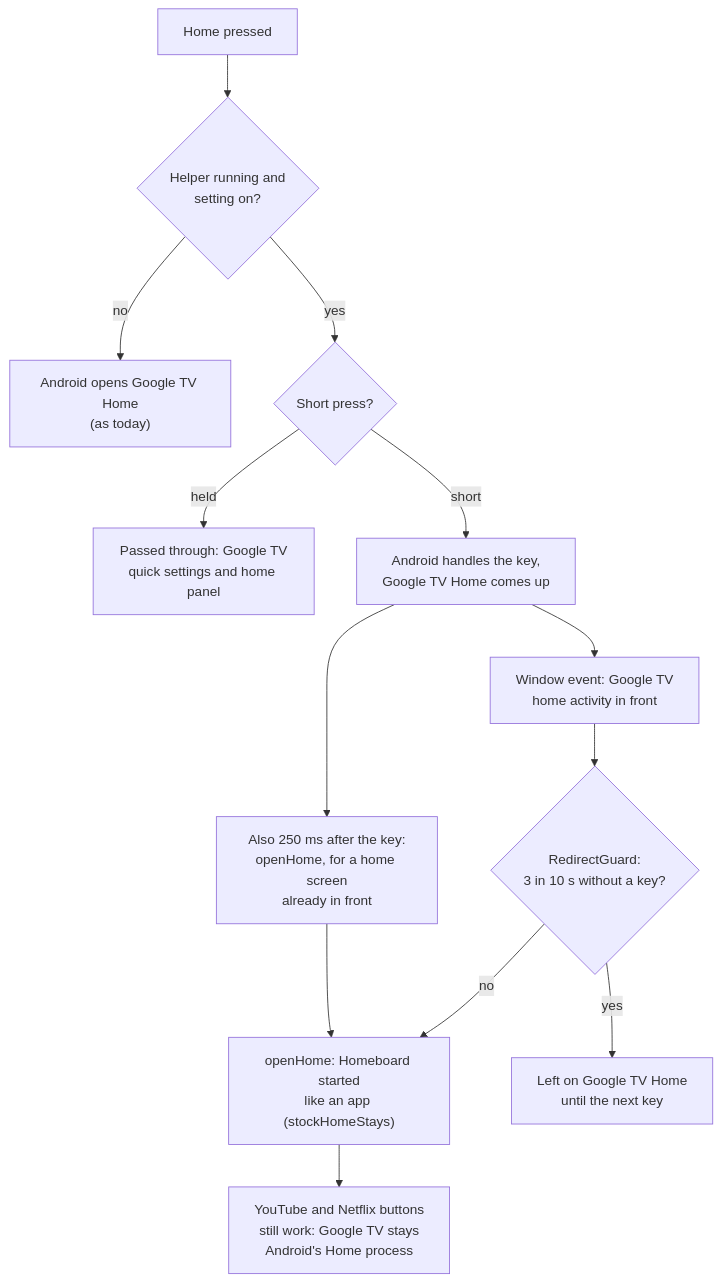
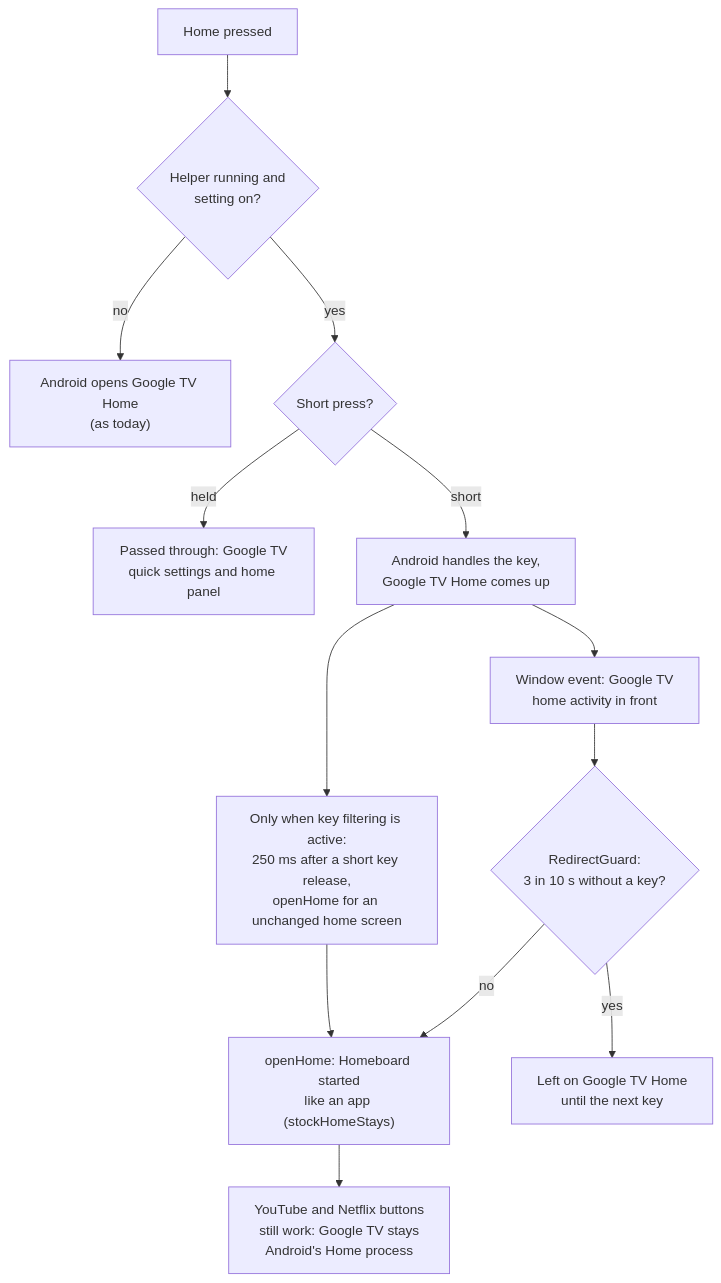
The first of 2 diagrams in docs/plans/2026-11-20-home-button.md (wbniv/homeboard-tv), drawn with Mermaid before and after one commit. The commit also changed other lines of this file and 11 other files, not shown here.

````diff
--- a/docs/plans/2026-11-20-home-button.md
+++ b/docs/plans/2026-11-20-home-button.md
@@ -137,15 +136,15 @@
 ```mermaid
 flowchart TD
     K["Home pressed"] --> F{"Helper running and<br/>setting on?"}
     F -- "no" --> G["Android opens Google TV Home<br/>(as today)"]
     F -- "yes" --> P{"Short press?"}
     P -- "held" --> Q["Passed through: Google TV<br/>quick settings and home panel"]
     P -- "short" --> S["Android handles the key,<br/>Google TV Home comes up"]
     S --> W["Window event: Google TV<br/>home activity in front"]
     W --> R{"RedirectGuard:<br/>3 in 10 s without a key?"}
     R -- "no" --> O["openHome: Homeboard started<br/>like an app (stockHomeStays)"]
     R -- "yes" --> G2["Left on Google TV Home<br/>until the next key"]
-    S --> D["Also 250 ms after the key:<br/>openHome, for a home screen<br/>already in front"]
+    S --> D["Only when key filtering is active:<br/>250 ms after a short key release,<br/>openHome for an unchanged home screen"]
     D --> O
     O --> Y["YouTube and Netflix buttons<br/>still work: Google TV stays<br/>Android's Home process"]
 ```
````
